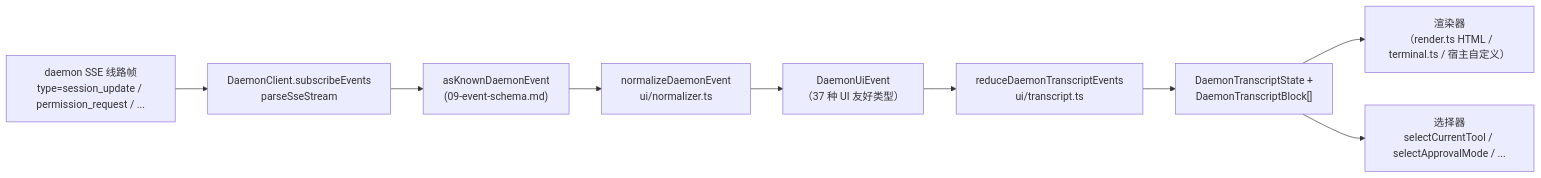
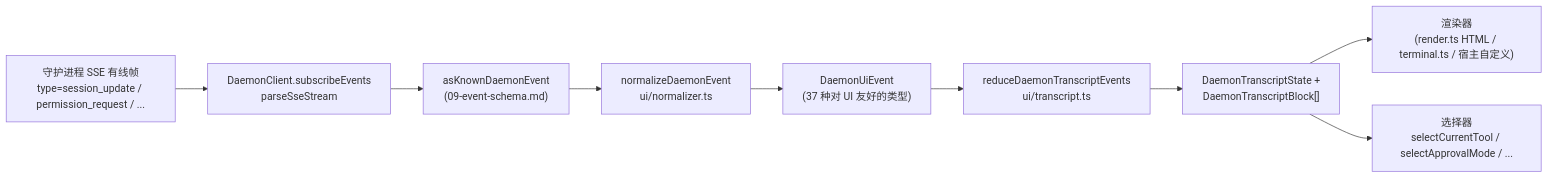
One commit to QwenLM/qwen-code-docs changed the diagram in website/content/zh/developers/daemon/14-cli-tui-adapter.md. Above: the diagram before and after it, drawn with Mermaid. The commit also changed other lines of this file and 1077 other files, not shown here.

````diff
--- a/website/content/zh/developers/daemon/14-cli-tui-adapter.md
+++ b/website/content/zh/developers/daemon/14-cli-tui-adapter.md
@@ -114,12 +114,12 @@
 ```mermaid
 flowchart LR
-    A["daemon SSE 线路帧<br/>type=session_update / permission_request / ..."]
+    A["守护进程 SSE 有线帧<br/>type=session_update / permission_request / ..."]
     A --> B["DaemonClient.subscribeEvents<br/>parseSseStream"]
     B --> C["asKnownDaemonEvent<br/>(09-event-schema.md)"]
     C --> D["normalizeDaemonEvent<br/>ui/normalizer.ts"]
-    D --> E["DaemonUiEvent<br/>（37 种 UI 友好类型）"]
+    D --> E["DaemonUiEvent<br/>(37 种对 UI 友好的类型)"]
     E --> F["reduceDaemonTranscriptEvents<br/>ui/transcript.ts"]
     F --> G["DaemonTranscriptState +<br/>DaemonTranscriptBlock[]"]
-    G --> H["渲染器<br/>（render.ts HTML / terminal.ts / 宿主自定义）"]
+    G --> H["渲染器<br/>(render.ts HTML / terminal.ts / 宿主自定义)"]
     G --> I["选择器<br/>selectCurrentTool / selectApprovalMode / ..."]
 ```
````
